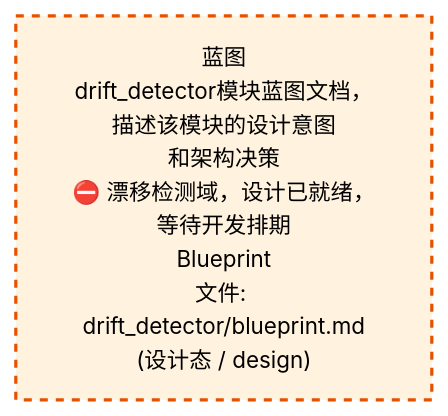
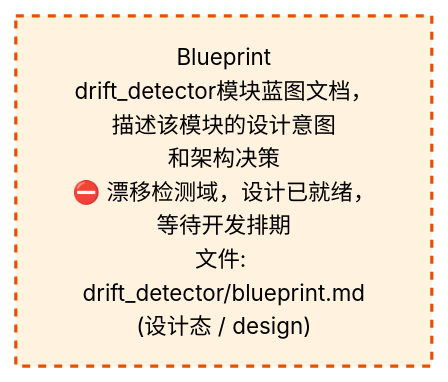
Before and after one commit to xuanFelixVan/ZephyrAlpha: the third of 4 diagrams in docs/02_enterprise_architecture/02_domain_architecture_docs/52_d_gov_drift.md, drawn with Mermaid. The commit also changed other lines of this file and 51 other files, not shown here.

````diff
--- a/docs/02_enterprise_architecture/02_domain_architecture_docs/52_d_gov_drift.md
+++ b/docs/02_enterprise_architecture/02_domain_architecture_docs/52_d_gov_drift.md
@@ -451,10 +451,10 @@
 ```mermaid
 %%{init: {'theme': 'base', 'themeVariables': {'primaryColor': '#eaeaea', 'primaryTextColor': '#333333', 'primaryBorderColor': '#666666', 'lineColor': '#666666', 'secondaryColor': '#eaeaea', 'tertiaryColor': '#eaeaea', 'fontSize': '14px'}}}%%
 flowchart TD
-    docs_03_modules_domain_governance_drift_detector_blueprint_md["蓝图<br/>drift_detector模块蓝图文档，描述该模块的设计意图<br/>和架构决策<br/>⛔ 漂移检测域，设计已就绪，等待开发排期<br/>Blueprint<br/>文件: drift_detector/blueprint.md<br/>(设计态 / design)"]
+    docs_03_modules_domain_governance_drift_detector_blueprint_md["Blueprint<br/>drift_detector模块蓝图文档，描述该模块的设计意图<br/>和架构决策<br/>⛔ 漂移检测域，设计已就绪，等待开发排期<br/>文件: drift_detector/blueprint.md<br/>(设计态 / design)"]
     classDef production fill:#e1f5fe,stroke:#01579b,stroke-width:2px,color:#000
     classDef design fill:#fff3e0,stroke:#e65100,stroke-width:2px,color:#000,stroke-dasharray: 5 5
     classDef external_prod fill:#e8f4fd,stroke:#0277bd,stroke-width:1px,color:#000
     classDef external_design fill:#fff8e7,stroke:#ef6c00,stroke-width:1px,color:#000,stroke-dasharray: 5 5
     class docs_03_modules_domain_governance_drift_detector_blueprint_md design
 ```
````
